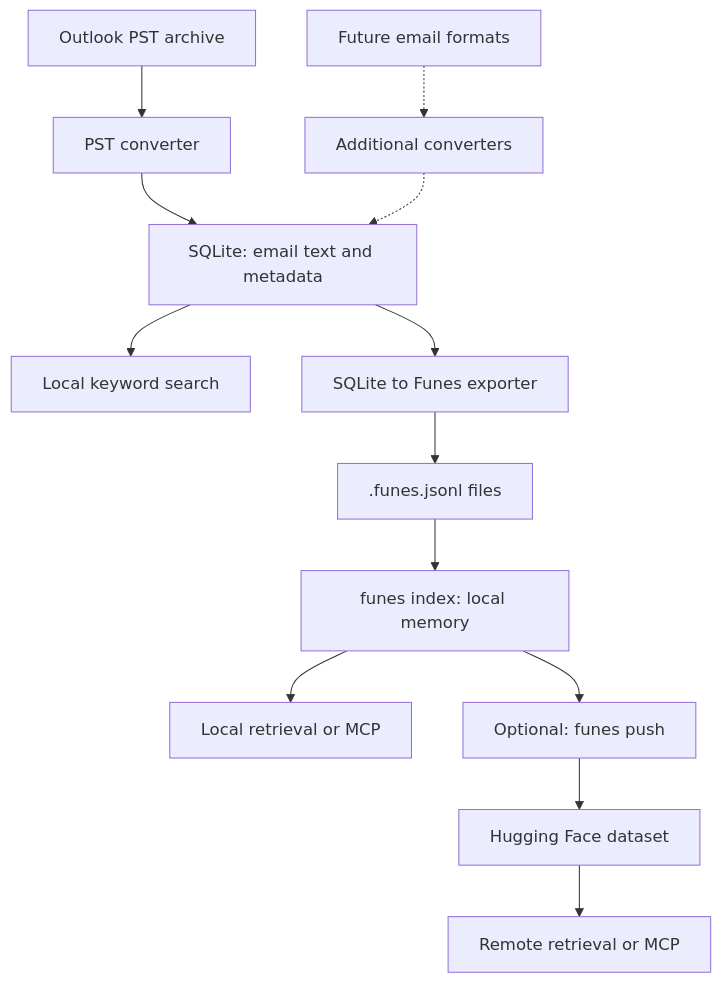
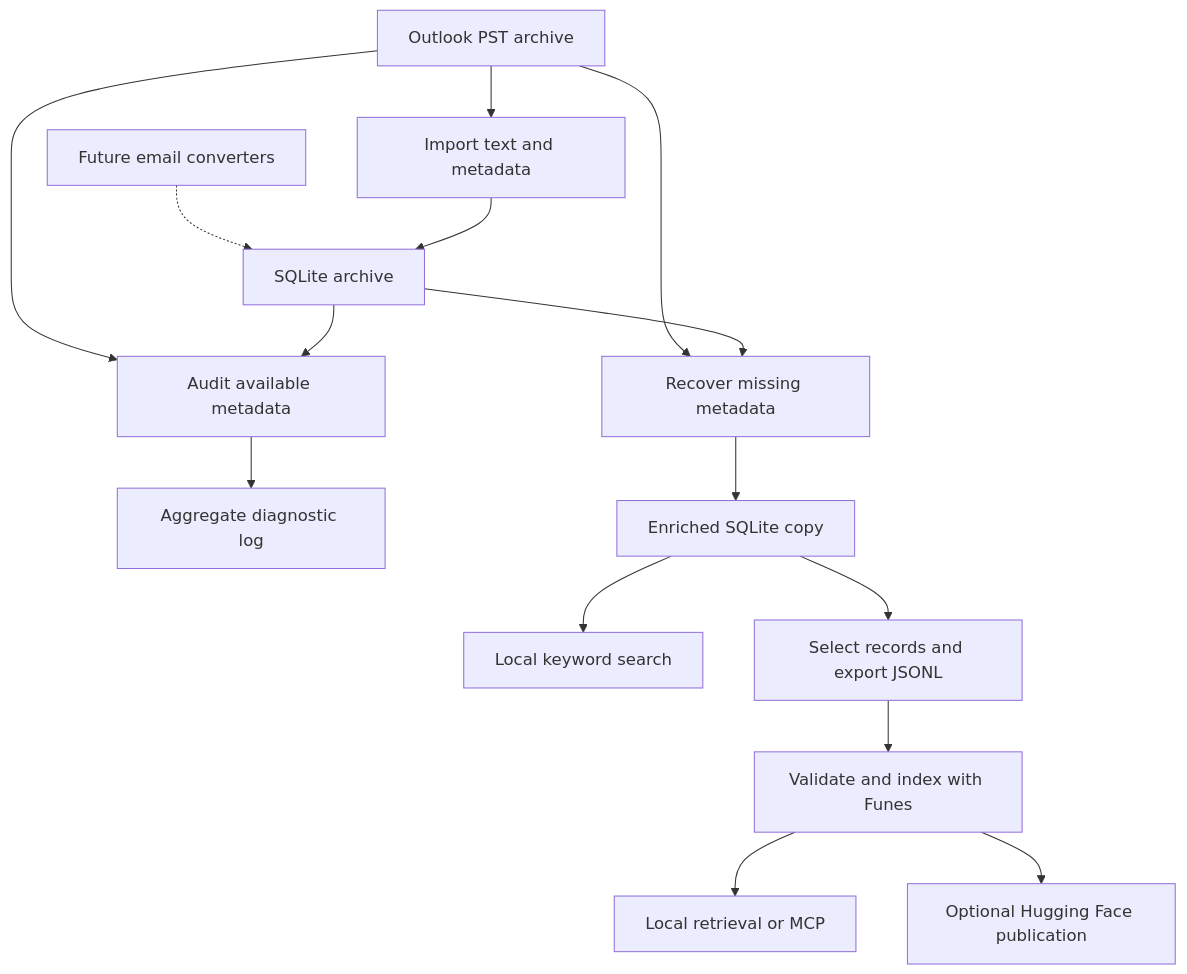
One commit to speccy88/email-funes changed the diagram in README.md. Above: the diagram before and after it, drawn with Mermaid. The commit also changed other lines of this file and 19 other files, not shown here.

First line of the commit message:
Add PST metadata recovery and enriched Funes exports

````diff
--- a/README.md
+++ b/README.md
@@ -11,15 +11,17 @@
 ```mermaid
 flowchart TD
-    PST["Outlook PST archive"] --> Reader["PST converter"]
-    Future["Future email formats"] -.-> Adapter["Additional converters"]
-    Reader --> SQL["SQLite: email text and metadata"]
-    Adapter -.-> SQL
-    SQL --> Search["Local keyword search"]
-    SQL --> Export["SQLite to Funes exporter"]
-    Export --> JSONL[".funes.jsonl files"]
-    JSONL --> Index["funes index: local memory"]
+    PST["Outlook PST archive"] --> Import["Import text and metadata"]
+    Future["Future email converters"] -.-> SQL["SQLite archive"]
+    Import --> SQL
+    PST --> Audit["Audit available metadata"]
+    SQL --> Audit
+    Audit --> Review["Aggregate diagnostic log"]
+    PST --> Recover["Recover missing metadata"]
+    SQL --> Recover
+    Recover --> Enriched["Enriched SQLite copy"]
+    Enriched --> Search["Local keyword search"]
+    Enriched --> Export["Select records and export JSONL"]
+    Export --> Index["Validate and index with Funes"]
     Index --> Recall["Local retrieval or MCP"]
-    Index --> Push["Optional: funes push"]
-    Push --> Hub["Hugging Face dataset"]
-    Hub --> Remote["Remote retrieval or MCP"]
+    Index --> Push["Optional Hugging Face publication"]
 ```
````
